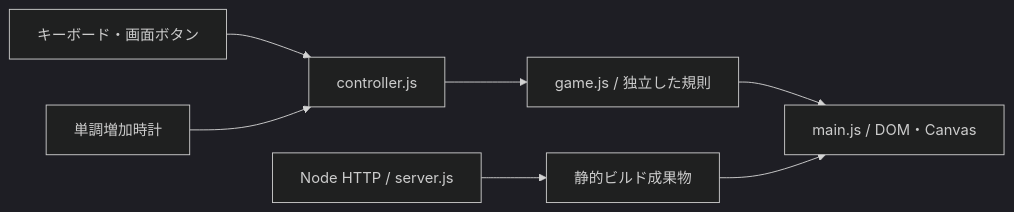
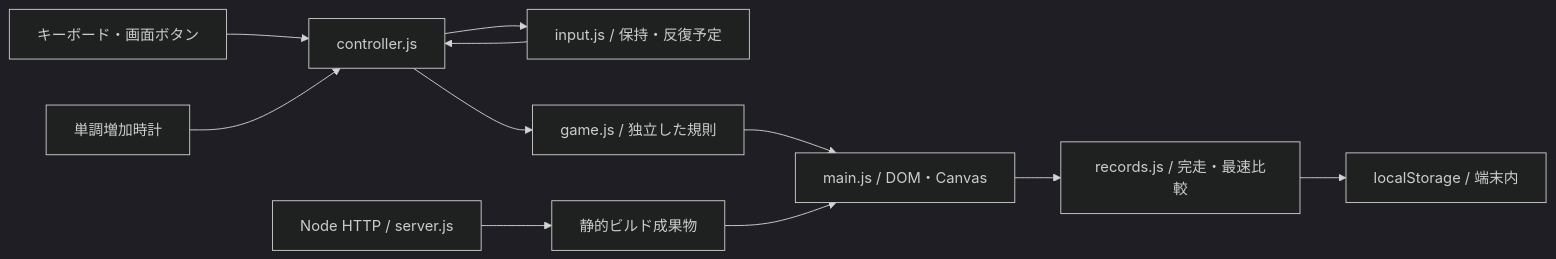
The diagram in docs/architecture/system-overview.md (tehutahu/codex_tetoris), drawn with Mermaid (dark theme) before and after one commit. The commit also changed other lines of this file and 2 other files, not shown here.

Commit message:
ブラウザが割り当てたpointer IDで解除を検証

````diff
--- a/docs/architecture/system-overview.md
+++ b/docs/architecture/system-overview.md
@@ -5,9 +5,13 @@
 ```mermaid
 flowchart LR
   Input[キーボード・画面ボタン] --> Controller[controller.js]
+  Controller --> Repeat[input.js / 保持・反復予定]
+  Repeat --> Controller
   Clock[単調増加時計] --> Controller
   Controller --> Rules[game.js / 独立した規則]
   Rules --> View[main.js / DOM・Canvas]
+  View --> Records[records.js / 完走・最速比較]
+  Records --> Storage[localStorage / 端末内]
   Node[Node HTTP / server.js] --> Assets[静的ビルド成果物]
   Assets --> View
 ```
````
